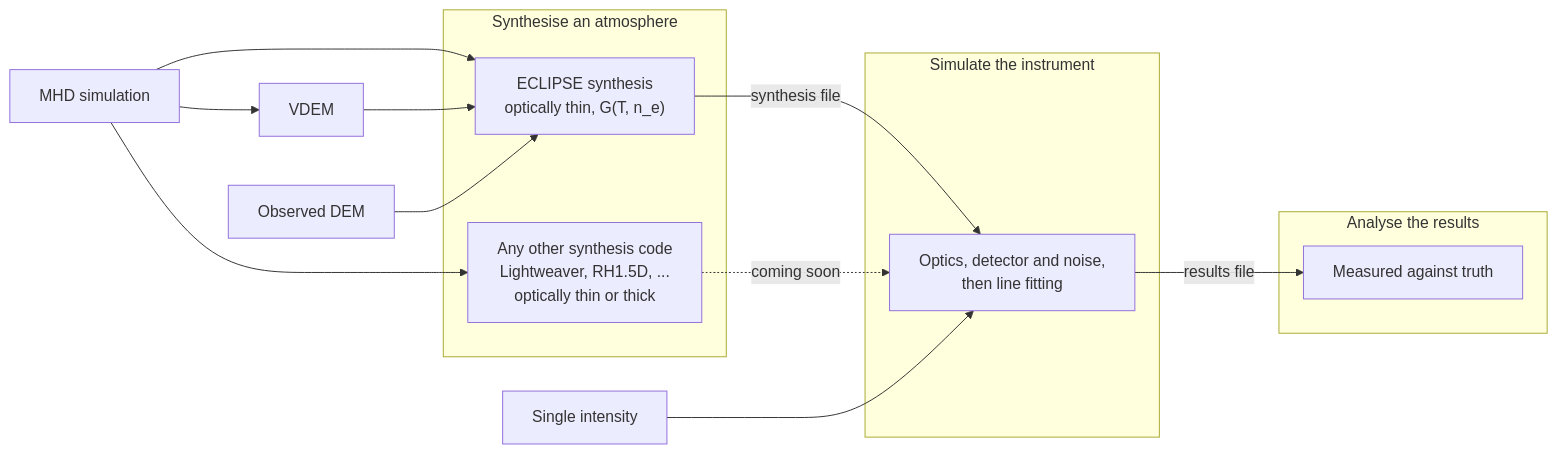
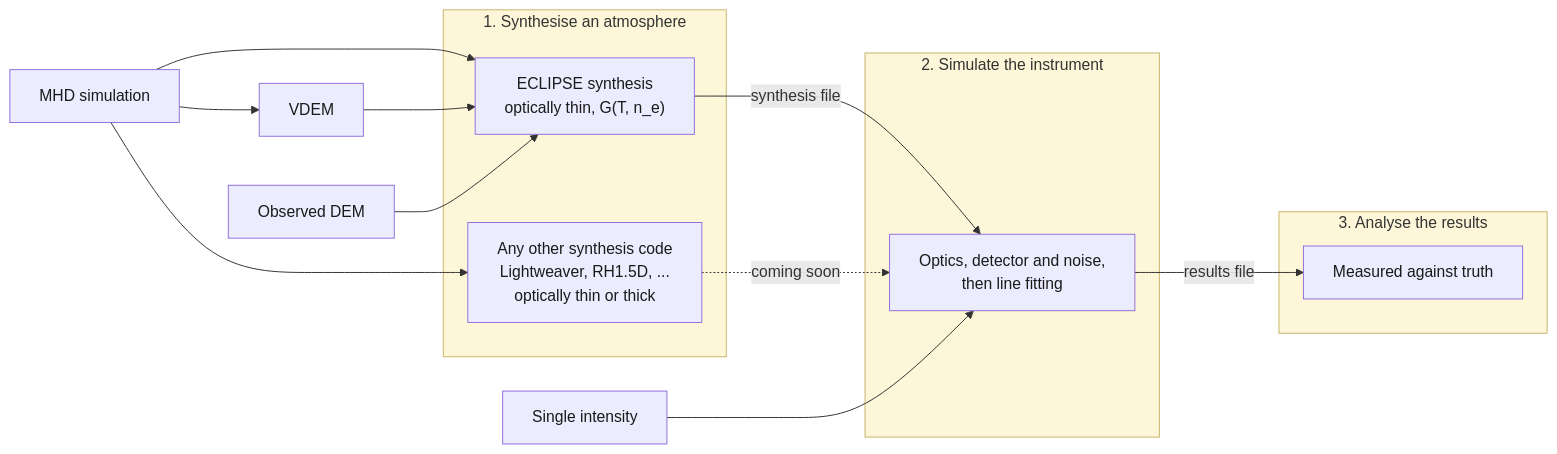
Before and after one commit to jamesmckevitt/eclipse: the diagram in docs/index.md, drawn with Mermaid.

Commit message:
Fix the flow chart's overlapping colours, and number the stages
Material's mermaid theme renders node fills at partial opacity, so the
three synthesis-stage boxes sitting inside the pale yellow subgraph
background came out visibly darker than the input boxes outside it.
Explicit classDef/style with fill-opacity:1 makes every box render the
same colour regardless of what is behind it. Also prefixes the
subgraph titles 1., 2., 3. Rendered with mermaid-cli 11 to check before
committing.

````diff
--- a/docs/index.md
+++ b/docs/index.md
@@ -18,31 +18,37 @@
 ```mermaid
 flowchart LR
     MHD["MHD simulation"]
     DEM["Observed DEM"]
     UNI["Single intensity"]
 
     MHD --> VDEM["VDEM"]
 
-    subgraph SYN["Synthesise an atmosphere"]
+    subgraph SYN["1. Synthesise an atmosphere"]
         ECL["ECLIPSE synthesis<br>optically thin, G(T, n_e)"]
         EXT["Any other synthesis code<br>Lightweaver, RH1.5D, ...<br>optically thin or thick"]
     end
 
-    subgraph SIM["Simulate the instrument"]
+    subgraph SIM["2. Simulate the instrument"]
         INS["Optics, detector and noise,<br>then line fitting"]
     end
 
-    subgraph ANL["Analyse the results"]
+    subgraph ANL["3. Analyse the results"]
         ANA["Measured against truth"]
     end
 
     MHD --> ECL
     MHD --> EXT
     VDEM --> ECL
     DEM --> ECL
 
     ECL -- "synthesis file" --> INS
     EXT -. "coming soon" .-> INS
     UNI --> INS
     INS -- "results file" --> ANA
+
+    classDef node fill:#ECECFF,fill-opacity:1,stroke:#9370DB,stroke-opacity:1,color:#1a1a1a;
+    class MHD,DEM,UNI,VDEM,ECL,EXT,INS,ANA node
+    style SYN fill:#fdf6d8,fill-opacity:1,stroke:#c9b46a
+    style SIM fill:#fdf6d8,fill-opacity:1,stroke:#c9b46a
+    style ANL fill:#fdf6d8,fill-opacity:1,stroke:#c9b46a
 ```
````
